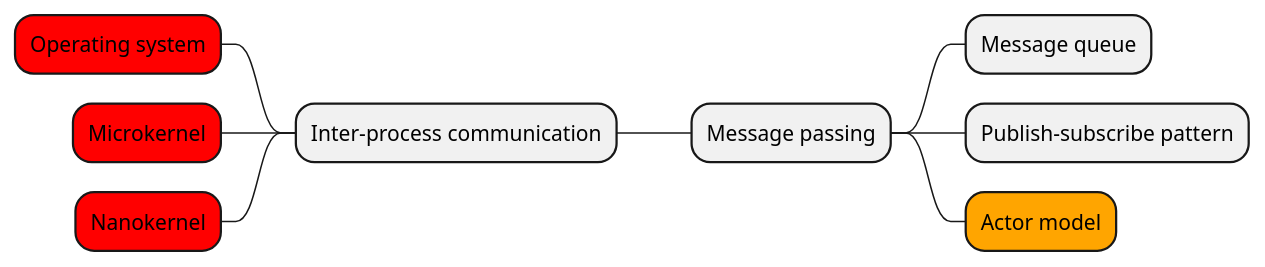
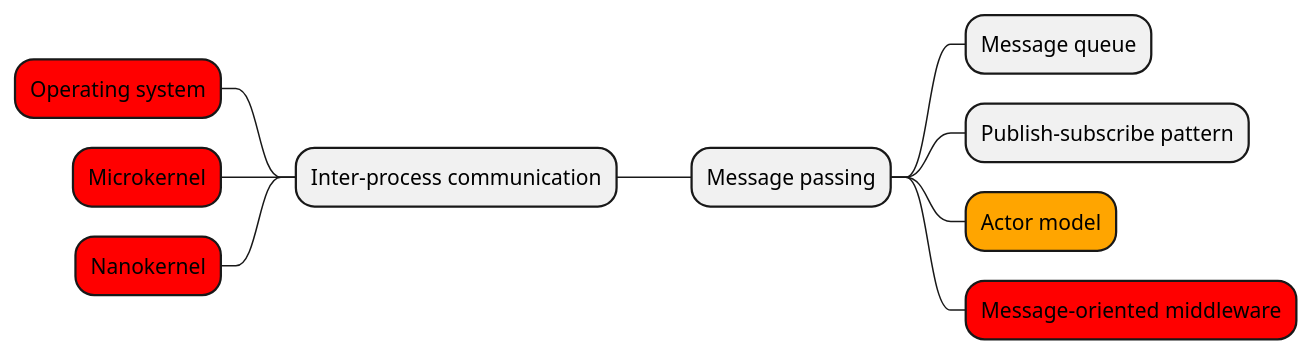
One commit to renemoll/wiki changed the first of 2 diagrams in programming/embedded/project/message-passing.md. Above: the diagram before and after it, drawn with PlantUML. The commit also changed other lines of this file, not shown here.

Commit message:
docs: update programming/embedded/project/message-passing

````diff
--- a/programming/embedded/project/message-passing.md
+++ b/programming/embedded/project/message-passing.md
@@ -15,12 +15,13 @@
 ```plantuml
 @startmindmap
 + Inter-process communication
 --[#Red] Operating system
 --[#Red] Microkernel
 --[#Red] Nanokernel
 ++ Message passing
 +++ Message queue
 +++ Publish–subscribe pattern
 +++[#Orange] Actor model
++++[#Red] Message-oriented middleware
 @endmindmap
 ```
````
